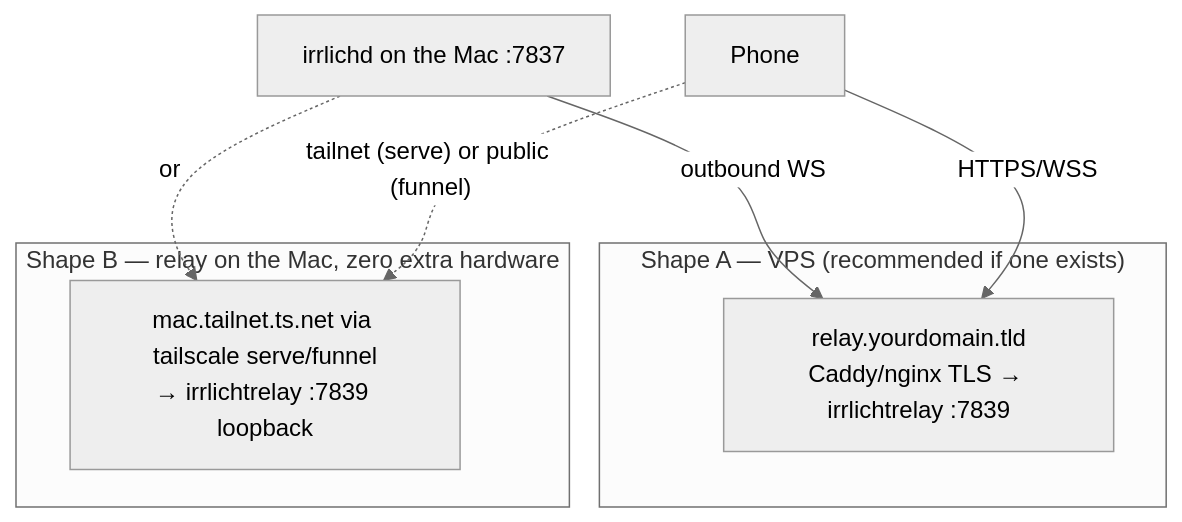
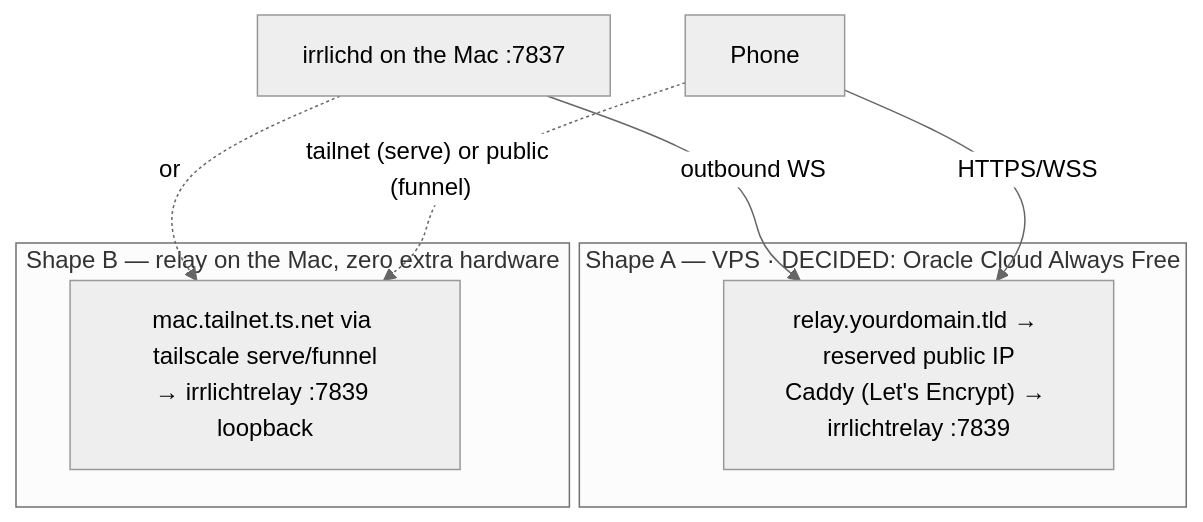
Before and after one commit to ingo-eichhorst/Irrlicht: the fifth of 5 diagrams in docs/mobile-notifications-arc42.md, drawn with Mermaid (neutral theme). The commit also changed other lines of this file and 1 other file, not shown here.

First line of the commit message:
docs: Oracle Cloud as the decided relay deployment (#1346)

````diff
--- a/docs/mobile-notifications-arc42.md
+++ b/docs/mobile-notifications-arc42.md
@@ -228,13 +231,13 @@
 ```mermaid
 flowchart TB
-    subgraph shapeA["Shape A — VPS (recommended if one exists)"]
-        vps["relay.yourdomain.tld<br/>Caddy/nginx TLS → irrlichtrelay :7839"]
+    subgraph shapeA["Shape A — VPS · DECIDED: Oracle Cloud Always Free"]
+        vps["relay.yourdomain.tld → reserved public IP<br/>Caddy (Let's Encrypt) → irrlichtrelay :7839"]
     end
     subgraph shapeB["Shape B — relay on the Mac, zero extra hardware"]
         ts["mac.tailnet.ts.net via tailscale serve/funnel<br/>→ irrlichtrelay :7839 loopback"]
     end
     mac2["irrlichd on the Mac :7837"] -- outbound WS --> vps
     mac2 -. or .-> ts
     phone2["Phone"] -- HTTPS/WSS --> vps
     phone2 -. "tailnet (serve) or public (funnel)" .-> ts
 ```
````
